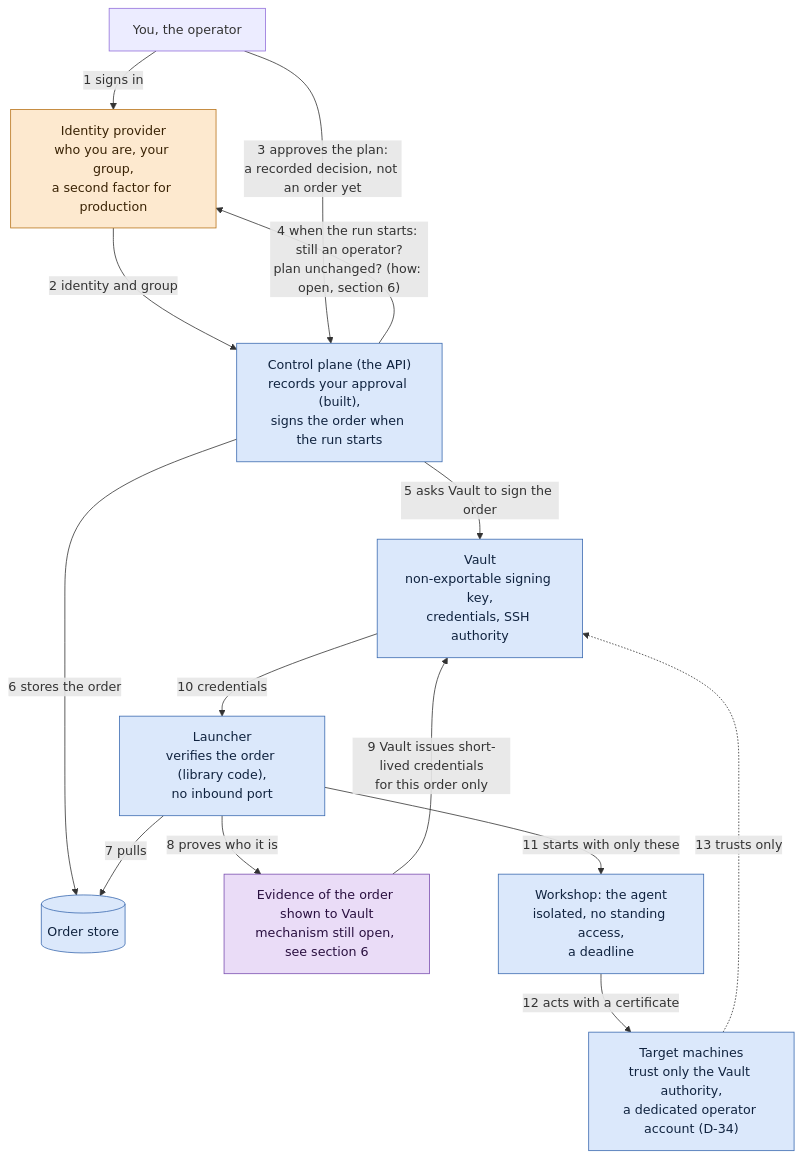
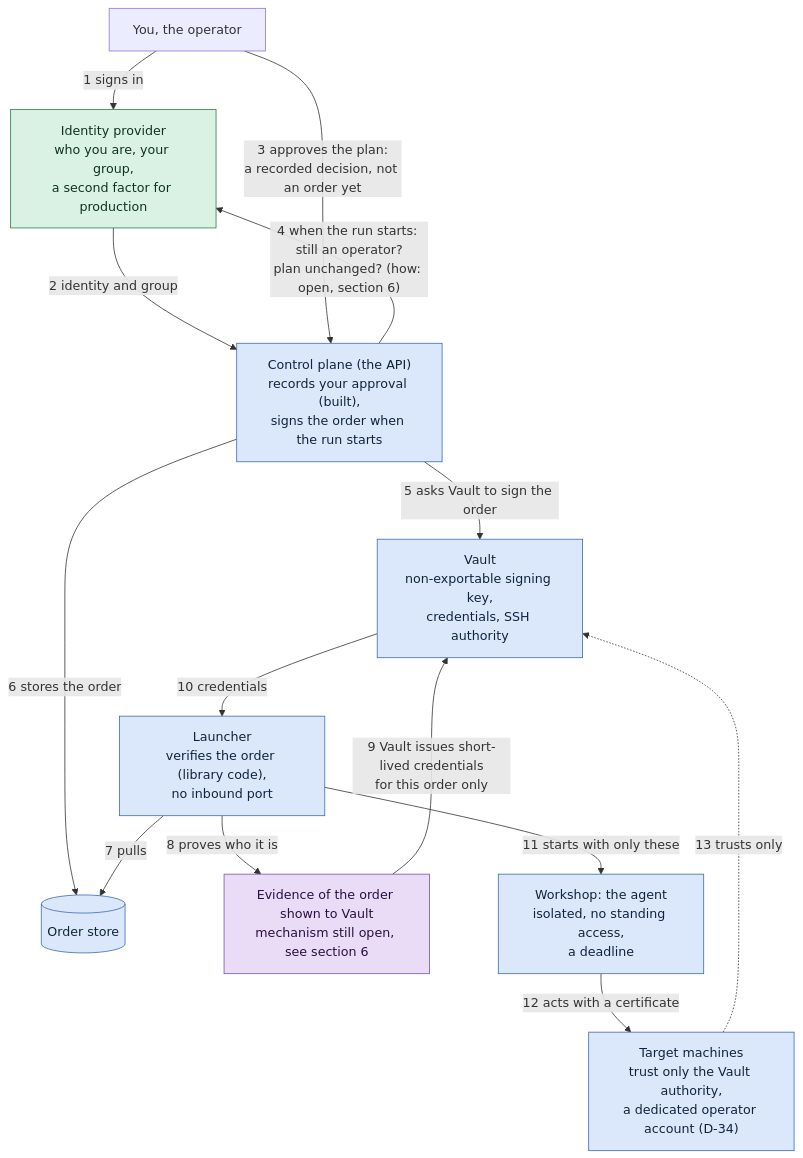
Before and after one commit to MafLabs38/orchestrarr: the first of 4 diagrams in docs/security-model.md, drawn with Mermaid. The commit also changed other lines of this file and 58 other files, not shown here.

First line of the commit message:
feat(sign-in): people sign in through the identity provider, in the host (#17)

````diff
--- a/docs/security-model.md
+++ b/docs/security-model.md
@@ -38,30 +37,30 @@
 ```mermaid
 flowchart TB
   person["You, the operator"]
-  kc["Identity provider<br/>who you are, your group,<br/>a second factor for production"]:::review
+  kc["Identity provider<br/>who you are, your group,<br/>a second factor for production"]:::built
   cp["Control plane (the API)<br/>records your approval (built),<br/>signs the order when the run starts"]:::decided
   vault["Vault<br/>non-exportable signing key,<br/>credentials, SSH authority"]:::decided
   store[("Order store")]:::decided
   launcher["Launcher<br/>verifies the order (library code),<br/>no inbound port"]:::decided
   evidence["Evidence of the order shown to Vault<br/>mechanism still open, see section 6"]:::proposed
   shop["Workshop: the agent<br/>isolated, no standing access,<br/>a deadline"]:::decided
   target["Target machines<br/>trust only the Vault authority,<br/>a dedicated operator account (D-34)"]:::decided
 
   person -->|"1 signs in"| kc
   kc -->|"2 identity and group"| cp
   person -->|"3 approves the plan:<br/>a recorded decision, not an order yet"| cp
   cp -->|"4 when the run starts: still an operator?<br/>plan unchanged? (how: open, section 6)"| kc
   cp -->|"5 asks Vault to sign the order"| vault
   cp -->|"6 stores the order"| store
   launcher -->|"7 pulls"| store
   launcher -->|"8 proves who it is"| evidence
   evidence -->|"9 Vault issues short-lived credentials<br/>for this order only"| vault
   vault -->|"10 credentials"| launcher
   launcher -->|"11 starts with only these"| shop
   shop -->|"12 acts with a certificate"| target
   target -.->|"13 trusts only"| vault
 
-  classDef review fill:#fde9cf,stroke:#b8741a,color:#3a2305
+  classDef built fill:#d9f2e3,stroke:#2d7a4f,color:#10331f
   classDef decided fill:#dbe8fb,stroke:#3b6ab0,color:#10233f
   classDef proposed fill:#eadcf7,stroke:#7a4fb0,color:#2a1040
 ```
````
